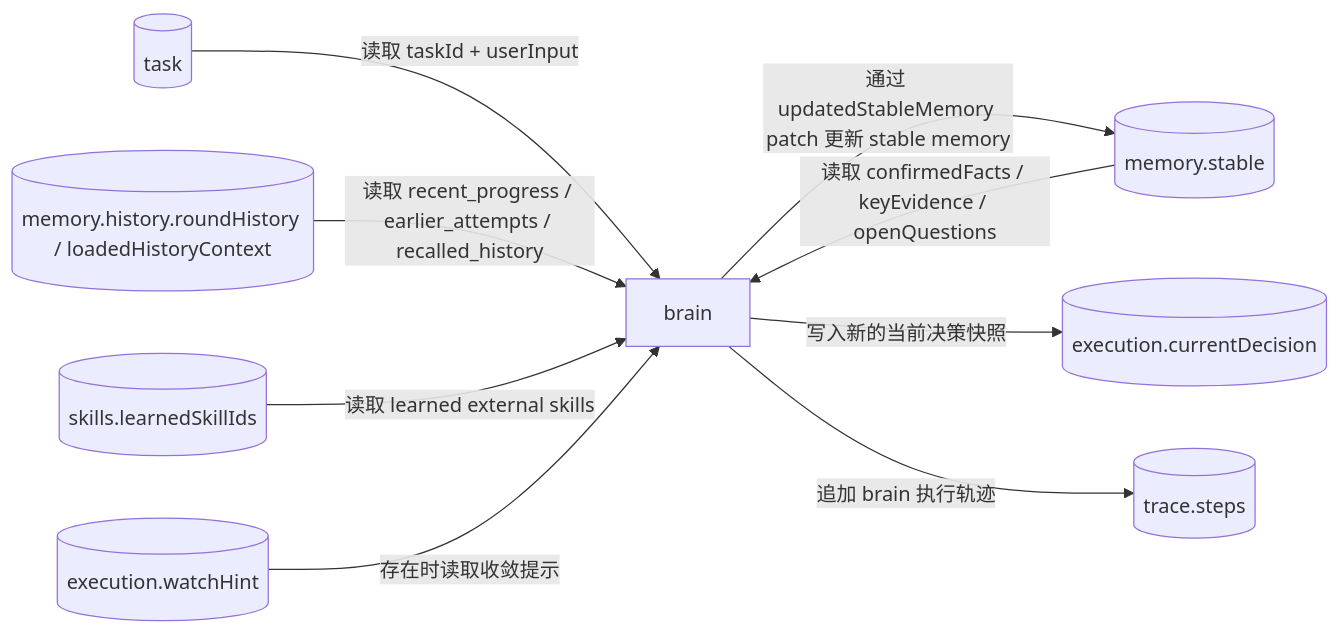
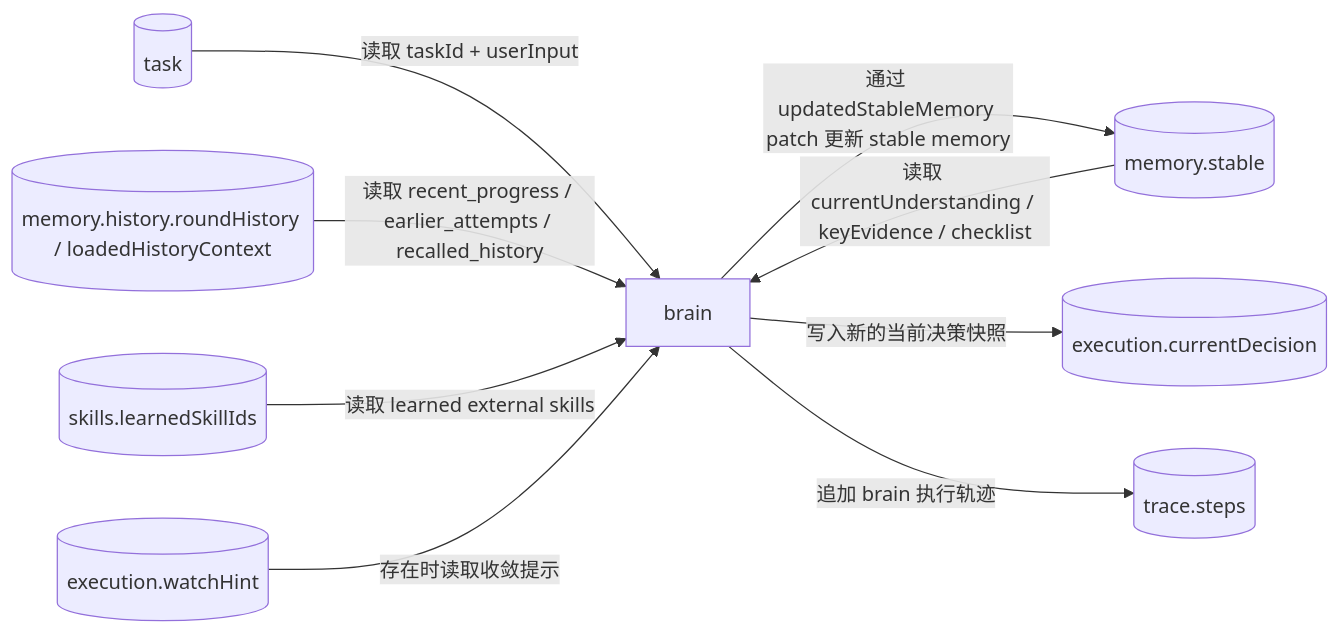
The second of 5 diagrams in doc/ai-design/data-definition-and-flow.md (Yoan98/Ncurator), drawn with Mermaid before and after one commit. The commit also changed other lines of this file and 13 other files, not shown here.

````diff
--- a/doc/ai-design/data-definition-and-flow.md
+++ b/doc/ai-design/data-definition-and-flow.md
@@ -1032,20 +1032,20 @@
 ```mermaid
 flowchart LR
     T[("task")]
     SM[("memory.stable")]
     HM[("memory.history.roundHistory / loadedHistoryContext")]
     SK[("skills.learnedSkillIds")]
     WH[("execution.watchHint")]
     B["brain"]
     CD[("execution.currentDecision")]
     TR[("trace.steps")]
 
     T -->|读取 taskId + userInput| B
-    SM -->|读取 confirmedFacts / keyEvidence / openQuestions| B
+    SM -->|读取 currentUnderstanding / keyEvidence / checklist| B
     HM -->|读取 recent_progress / earlier_attempts / recalled_history| B
     SK -->|读取 learned external skills| B
     WH -->|存在时读取收敛提示| B
     B -->|通过 updatedStableMemory patch 更新 stable memory| SM
     B -->|写入新的当前决策快照| CD
     B -->|追加 brain 执行轨迹| TR
 ```
````
